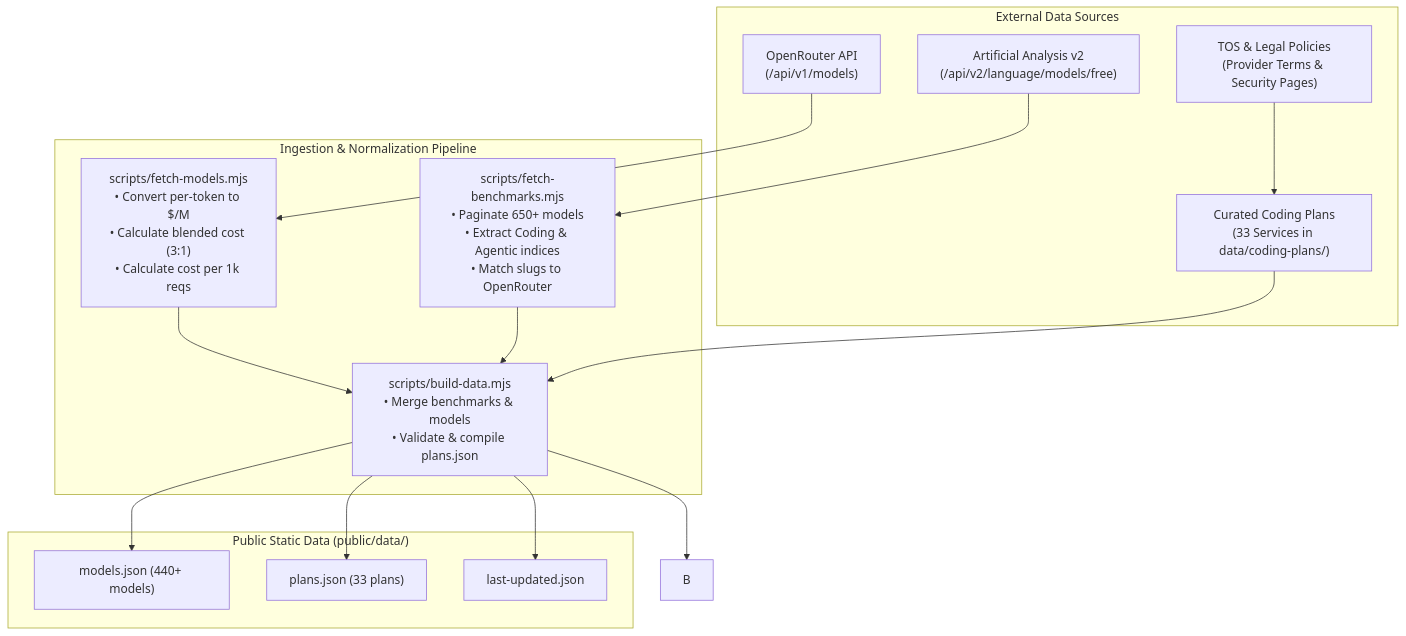
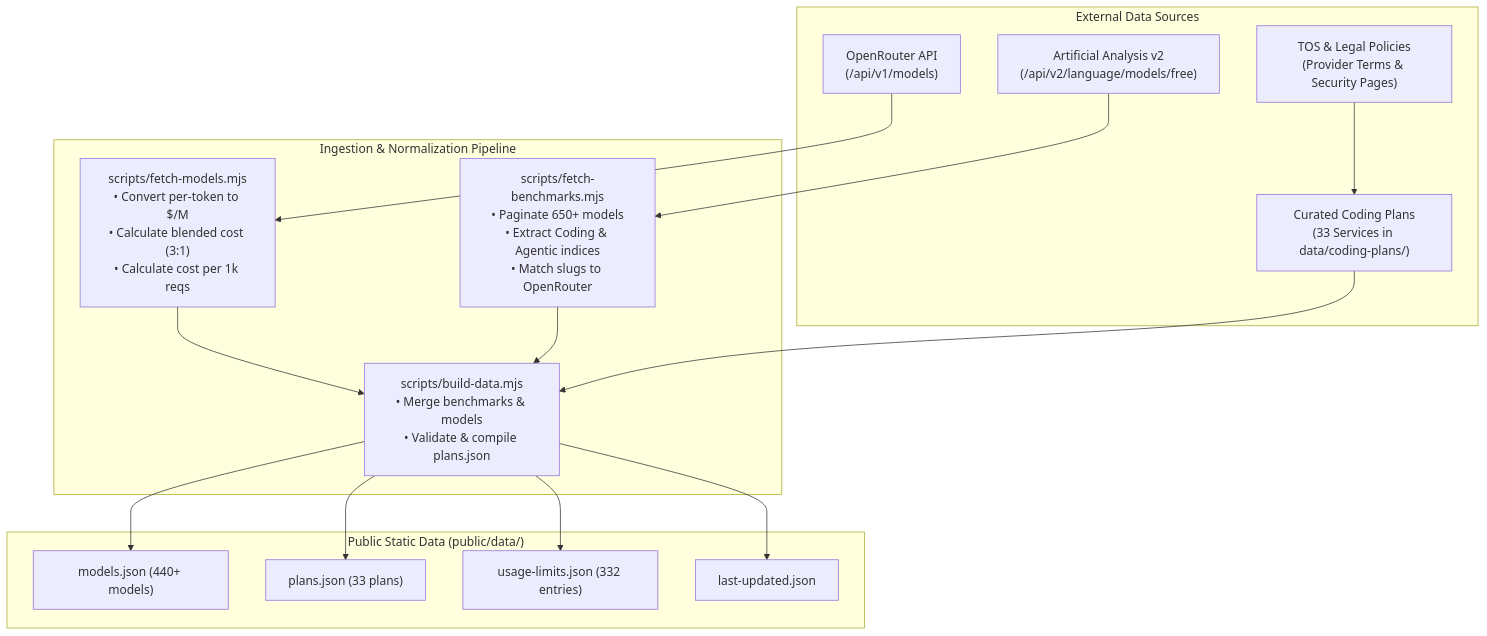
The diagram in docs/DATA_SOURCES.md (Heretek-AI/Token-Max), drawn with Mermaid before and after one commit. The commit also changed 6 other files, not shown here.

Commit message:
feat(pipeline): generate and publish usage-limits.json in GitHub Pages workflow

````diff
--- a/docs/DATA_SOURCES.md
+++ b/docs/DATA_SOURCES.md
@@ -24,32 +24,33 @@
 ```mermaid
 flowchart TD
     subgraph DataSources["External Data Sources"]
         OR["OpenRouter API<br/>(/api/v1/models)"]
         AA["Artificial Analysis v2<br/>(/api/v2/language/models/free)"]
         CP["Curated Coding Plans<br/>(33 Services in data/coding-plans/)"]
         TOS["TOS & Legal Policies<br/>(Provider Terms & Security Pages)"]
     end
 
     subgraph Pipeline["Ingestion & Normalization Pipeline"]
         FM["scripts/fetch-models.mjs<br/>• Convert per-token to $/M<br/>• Calculate blended cost (3:1)<br/>• Calculate cost per 1k reqs"]
         FA["scripts/fetch-benchmarks.mjs<br/>• Paginate 650+ models<br/>• Extract Coding & Agentic indices<br/>• Match slugs to OpenRouter"]
         BD["scripts/build-data.mjs<br/>• Merge benchmarks & models<br/>• Validate & compile plans.json"]
     end
 
     subgraph Outputs["Public Static Data (public/data/)"]
         M["models.json (440+ models)"]
         P["plans.json (33 plans)"]
+        U["usage-limits.json (332 entries)"]
         L["last-updated.json"]
     end
 
     OR --> FM
     AA --> FA
     FM --> BD
     FA --> BD
     CP --> BD
     TOS --> CP
     BD --> M
     BD --> P
-    BD --> B
+    BD --> U
     BD --> L
 ```
````
